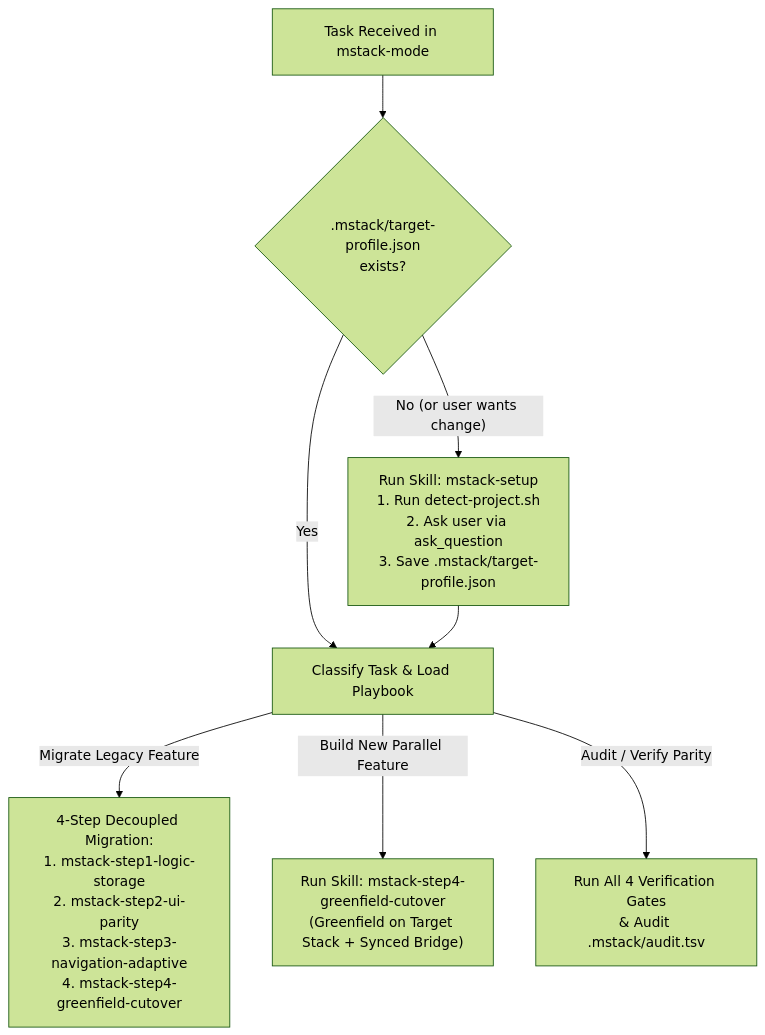
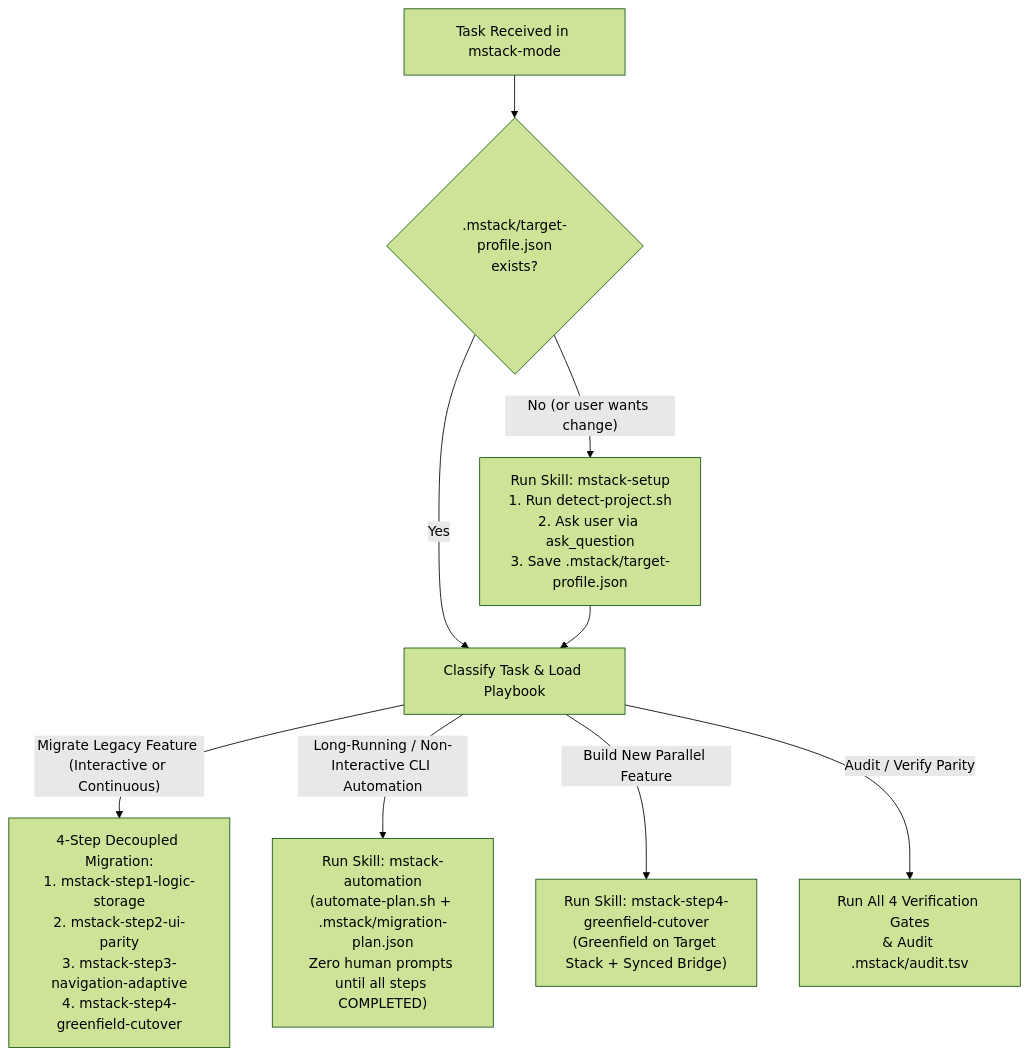
One commit to estines/mobile-migration-tools changed the diagram in skills/mstack-mode/SKILL.md. Above: the diagram before and after it, drawn with Mermaid (forest theme). The commit also changed other lines of this file and 5 other files, not shown here.

Commit message:
feat: add long-running non-interactive CLI automation runner and skill for multi-step migration queues

````diff
--- a/skills/mstack-mode/SKILL.md
+++ b/skills/mstack-mode/SKILL.md
@@ -11,11 +11,12 @@
 ```mermaid
 flowchart TD
     Entry["Task Received in mstack-mode"] --> CheckProfile{".mstack/target-profile.json\nexists?"}
     CheckProfile -- "No (or user wants change)" --> Setup["Run Skill: mstack-setup\n1. Run detect-project.sh\n2. Ask user via ask_question\n3. Save .mstack/target-profile.json"]
     CheckProfile -- "Yes" --> Classify["Classify Task & Load Playbook"]
     Setup --> Classify
 
-    Classify -->|"Migrate Legacy Feature"| P_Mig["4-Step Decoupled Migration:\n1. mstack-step1-logic-storage\n2. mstack-step2-ui-parity\n3. mstack-step3-navigation-adaptive\n4. mstack-step4-greenfield-cutover"]
+    Classify -->|"Migrate Legacy Feature (Interactive or Continuous)"| P_Mig["4-Step Decoupled Migration:\n1. mstack-step1-logic-storage\n2. mstack-step2-ui-parity\n3. mstack-step3-navigation-adaptive\n4. mstack-step4-greenfield-cutover"]
+    Classify -->|"Long-Running / Non-Interactive CLI Automation"| P_Auto["Run Skill: mstack-automation\n(automate-plan.sh + .mstack/migration-plan.json\nZero human prompts until all steps COMPLETED)"]
     Classify -->|"Build New Parallel Feature"| P_New["Run Skill: mstack-step4-greenfield-cutover\n(Greenfield on Target Stack + Synced Bridge)"]
     Classify -->|"Audit / Verify Parity"| P_Ver["Run All 4 Verification Gates\n& Audit .mstack/audit.tsv"]
 ```
````
